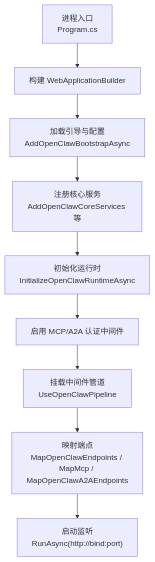
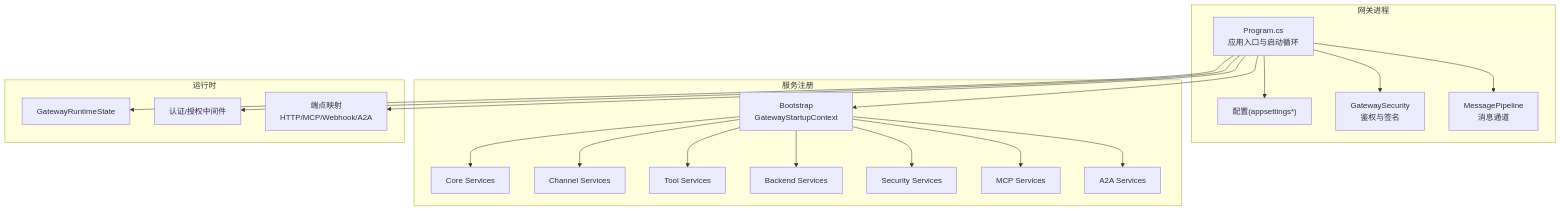
One commit to wayyet/kingcrab changed the first of 9 diagrams in .qoder/repowiki/zh/content/网关服务/网关服务.md. Above: the diagram before and after it, drawn with Mermaid. The commit also changed other lines of this file and 431 other files, not shown here.

````diff
--- a/.qoder/repowiki/zh/content/网关服务/网关服务.md
+++ b/.qoder/repowiki/zh/content/网关服务/网关服务.md
@@ -29,11 +59,38 @@
 ```mermaid
 graph TB
-A["进程入口<br/>Program.cs"] --> B["构建 WebApplicationBuilder"]
-B --> C["加载引导与配置<br/>AddOpenClawBootstrapAsync"]
-C --> D["注册核心服务<br/>AddOpenClawCoreServices 等"]
-D --> E["初始化运行时<br/>InitializeOpenClawRuntimeAsync"]
-E --> F["启用 MCP/A2A 认证中间件"]
-F --> G["挂载中间件管道<br/>UseOpenClawPipeline"]
-G --> H["映射端点<br/>MapOpenClawEndpoints / MapMcp / MapOpenClawA2AEndpoints"]
-H --> I["启动监听<br/>RunAsync(http://bind:port)"]
+subgraph "网关进程"
+P["Program.cs<br/>应用入口与启动循环"]
+CFG["配置(appsettings*)"]
+SEC["GatewaySecurity<br/>鉴权与签名"]
+PIPE["MessagePipeline<br/>消息通道"]
+end
+subgraph "服务注册"
+BOOT["Bootstrap<br/>GatewayStartupContext"]
+CORE["Core Services"]
+CH["Channel Services"]
+TOOL["Tool Services"]
+BACK["Backend Services"]
+SEC_SVC["Security Services"]
+MCP_SVC["MCP Services"]
+A2A["A2A Services"]
+end
+subgraph "运行时"
+RT["GatewayRuntimeState"]
+AUTH["认证/授权中间件"]
+MAP["端点映射<br/>HTTP/MCP/Webhook/A2A"]
+end
+P --> CFG
+P --> BOOT
+BOOT --> CORE
+BOOT --> CH
+BOOT --> TOOL
+BOOT --> BACK
+BOOT --> SEC_SVC
+BOOT --> MCP_SVC
+BOOT --> A2A
+P --> PIPE
+P --> SEC
+P --> RT
+P --> AUTH
+P --> MAP
 ```
````
